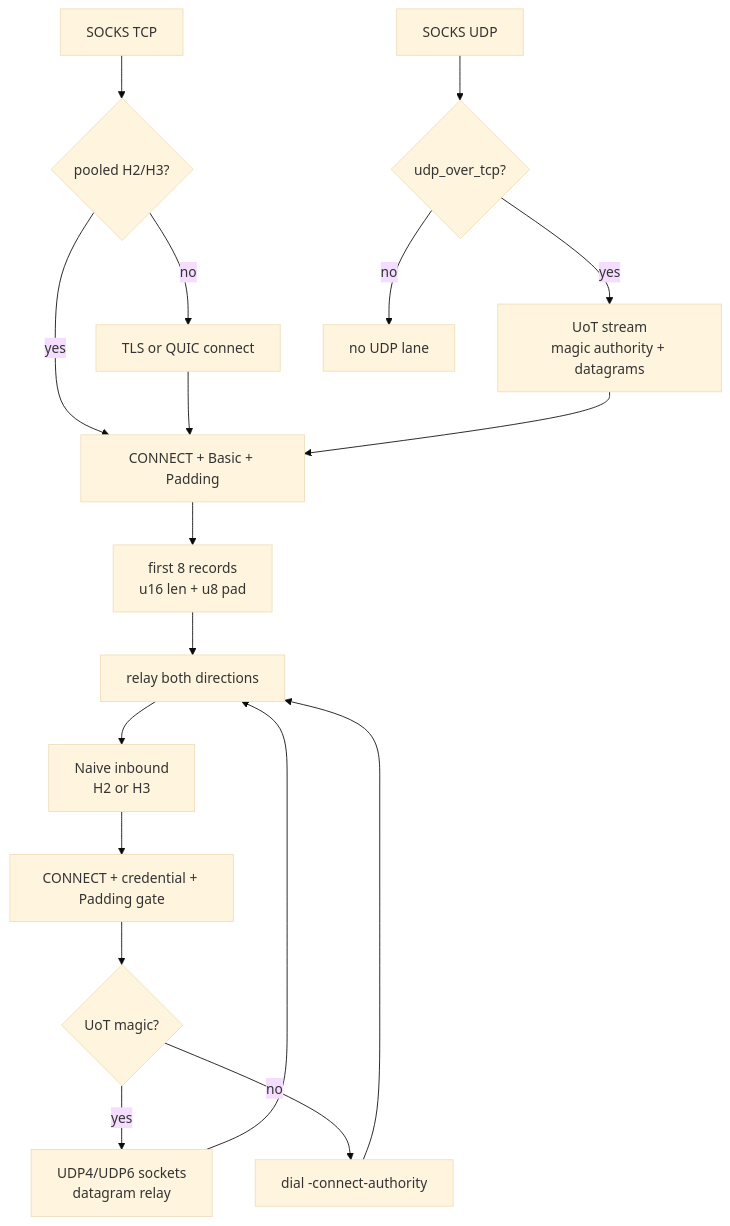
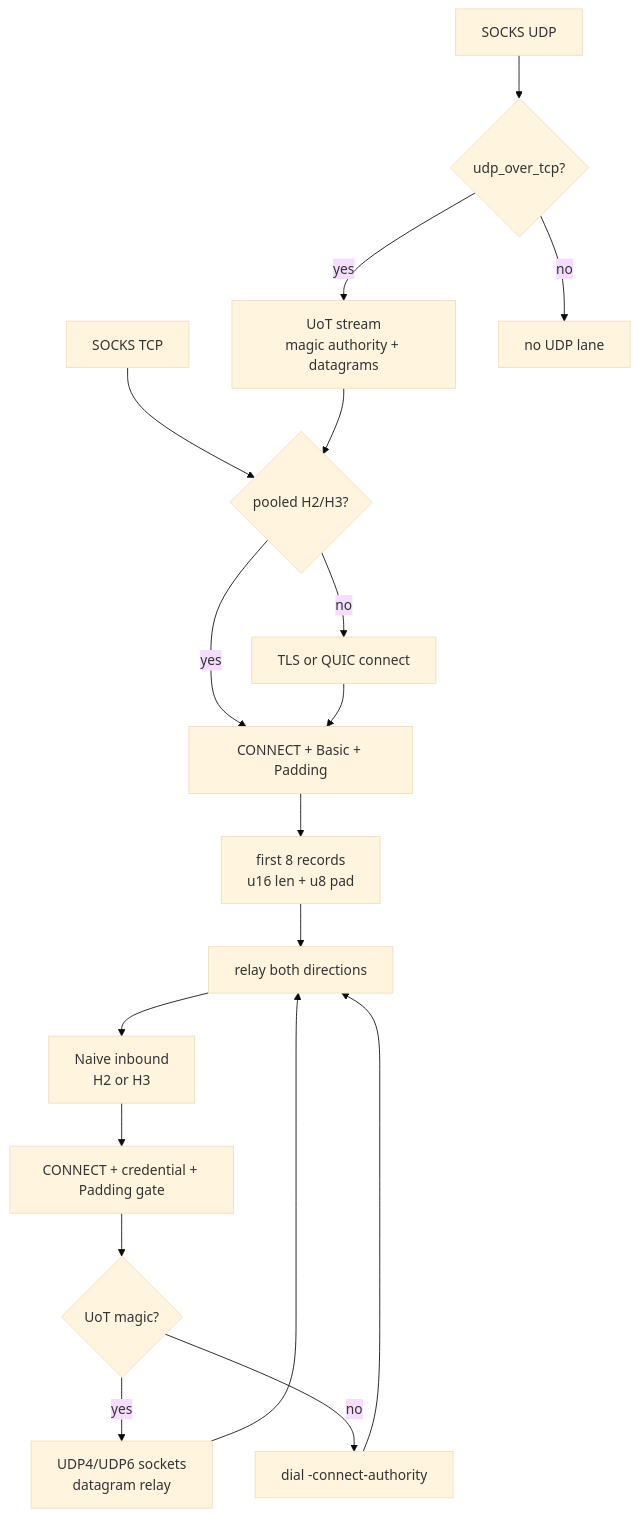
The diagram in docs/function/naive.md (ferroxdev/ferrox-2), drawn with Mermaid (base theme) before and after one commit. The commit also changed other lines of this file and 4 other files, not shown here.

````diff
--- a/docs/function/naive.md
+++ b/docs/function/naive.md
@@ -13,20 +13,20 @@
 ```mermaid
 graph TD
     S["SOCKS TCP"] --> P{"pooled H2/H3?"}
     P -- yes --> O["CONNECT + Basic + Padding"]
     P -- no --> T["TLS or QUIC connect"]
     T --> O
     O --> F["first 8 records<br/>u16 len + u8 pad"]
     F --> R["relay both directions"]
     R --> A["Naive inbound<br/>H2 or H3"]
     A --> C["CONNECT + credential + Padding gate"]
     C --> M{"UoT magic?"}
     M -- yes --> V["UDP4/UDP6 sockets<br/>datagram relay"]
     M -- no --> D["dial -connect-authority"]
     V --> R
     D --> R
     U["SOCKS UDP"] --> G{"udp_over_tcp?"}
     G -- yes --> Q["UoT stream<br/>magic authority + datagrams"]
-    Q --> O
+    Q --> P
     G -- no --> N["no UDP lane"]
 ```
````
